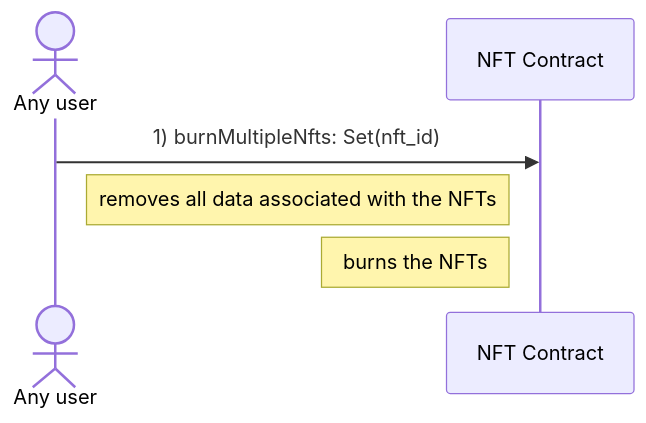
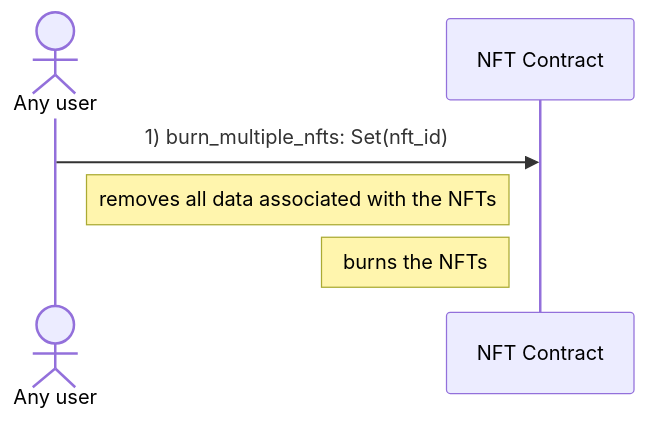
The second of 2 diagrams in docs/diagrams/burn_nfts.md (marc0olo/aens-nfts), drawn with Mermaid before and after one commit. The commit also changed other lines of this file and 17 other files, not shown here.

````diff
--- a/docs/diagrams/burn_nfts.md
+++ b/docs/diagrams/burn_nfts.md
@@ -21,7 +22,7 @@
 ```mermaid
 sequenceDiagram
     actor Any user
-    Any user ->> NFT Contract: 1) burnMultipleNfts: Set(nft_id)
+    Any user ->> NFT Contract: 1) burn_multiple_nfts: Set(nft_id)
     Note left of NFT Contract: removes all data associated with the NFTs
     Note left of NFT Contract: burns the NFTs
 ```
````
